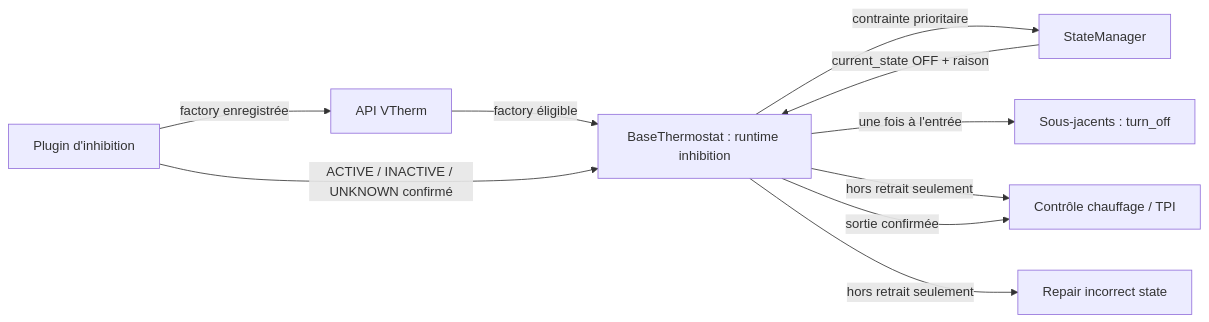
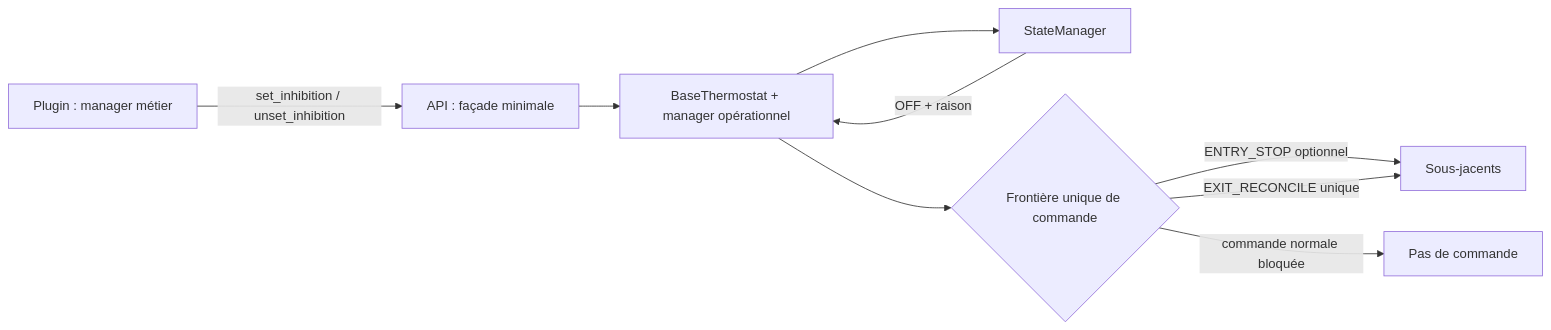
Before and after one commit to jmcollin78/versatile_thermostat: the first of 6 diagrams in documentation/tech-docs/issue-2087-inhibition-design.md, drawn with Mermaid. The commit also changed other lines of this file and 1 other file, not shown here.

First line of the commit message:
Update spec and design for #2087 and inhibition plugin. --- La répartition est désormais explicite :

````diff
--- a/documentation/tech-docs/issue-2087-inhibition-design.md
+++ b/documentation/tech-docs/issue-2087-inhibition-design.md
@@ -52,12 +51,11 @@
 ```mermaid
 flowchart LR
-    P[Plugin d'inhibition] -->|factory enregistrée| A[API VTherm]
-    A -->|factory éligible| B[BaseThermostat : runtime inhibition]
-    P -->|ACTIVE / INACTIVE / UNKNOWN confirmé| B
-    B -->|contrainte prioritaire| S[StateManager]
-    S -->|current_state OFF + raison| B
-    B -->|une fois à l'entrée| U[Sous-jacents : turn_off]
-    B -->|hors retrait seulement| C[Contrôle chauffage / TPI]
-    B -->|hors retrait seulement| R[Repair incorrect state]
-    B -->|sortie confirmée| C
+    P[Plugin : manager métier] -->|set_inhibition / unset_inhibition| A[API : façade minimale]
+    A --> B[BaseThermostat + manager opérationnel]
+    B --> S[StateManager]
+    S -->|OFF + raison| B
+    B --> G{Frontière unique de commande}
+    G -->|ENTRY_STOP optionnel| U[Sous-jacents]
+    G -->|EXIT_RECONCILE unique| U
+    G -->|commande normale bloquée| X[Pas de commande]
 ```
````
